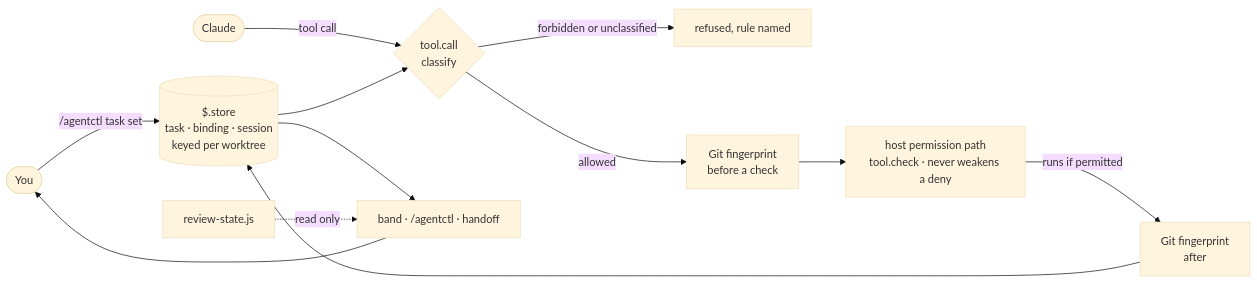
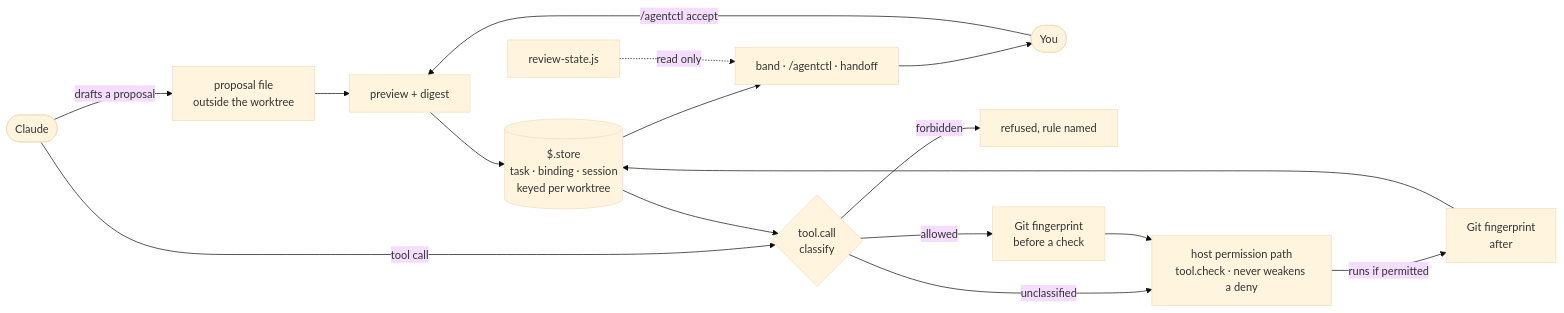
The fourth of 4 diagrams in README.es.md (sd0xdev/sd0x-harness), drawn with Mermaid (base theme) before and after one commit. The commit also changed other lines of this file and 9 other files, not shown here.

````diff
--- a/README.es.md
+++ b/README.es.md
@@ -560,14 +560,18 @@
 ```mermaid
 flowchart LR
-    U([You]) -- "/agentctl task set" --> S[("$.store<br/>task · binding · session<br/>keyed per worktree")]
-    C([Claude]) -- tool call --> P{"tool.call<br/>classify"}
+    C([Claude]) -- "drafts a proposal" --> F["proposal file<br/>outside the worktree"]
+    F --> V["preview + digest"]
+    U([You]) -- "/agentctl accept" --> V
+    V --> S[("$.store<br/>task · binding · session<br/>keyed per worktree")]
+    C -- tool call --> P{"tool.call<br/>classify"}
     S --> P
-    P -- forbidden or unclassified --> R["refused, rule named"]
+    P -- forbidden --> R["refused, rule named"]
+    P -- unclassified --> H
     P -- allowed --> E1["Git fingerprint<br/>before a check"]
     E1 --> H["host permission path<br/>tool.check · never weakens a deny"]
     H -- runs if permitted --> E2["Git fingerprint<br/>after"]
     E2 --> S
     S --> B["band · /agentctl · handoff"]
     G["review-state.js"] -. read only .-> B
     B --> U
 ```
````
